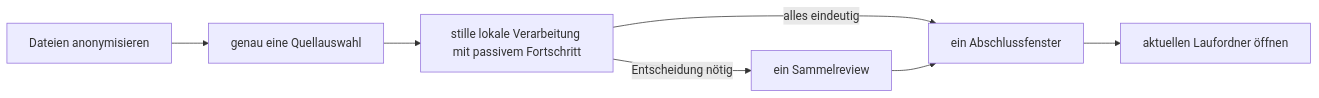
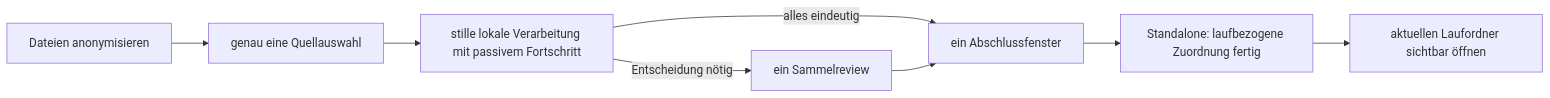
Before and after one commit to renepuhlmannarbeit/msg_gbh_DataSecure: diagram 12 of 14 in docs/canonical/UML_ARCHITECTURE.md, drawn with Mermaid. The commit also changed other lines of this file and 41 other files, not shown here.

````diff
--- a/docs/canonical/UML_ARCHITECTURE.md
+++ b/docs/canonical/UML_ARCHITECTURE.md
@@ -446,9 +446,10 @@
 ```mermaid
 flowchart LR
   Start[Dateien anonymisieren] --> Pick[genau eine Quellauswahl]
   Pick --> Work[stille lokale Verarbeitung mit passivem Fortschritt]
   Work -->|alles eindeutig| Done[ein Abschlussfenster]
   Work -->|Entscheidung nötig| Review[ein Sammelreview]
   Review --> Done
-  Done --> Open[aktuellen Laufordner öffnen]
+  Done --> Map[Standalone: laufbezogene Zuordnung fertig]
+  Map --> Open[aktuellen Laufordner sichtbar öffnen]
 ```
````
